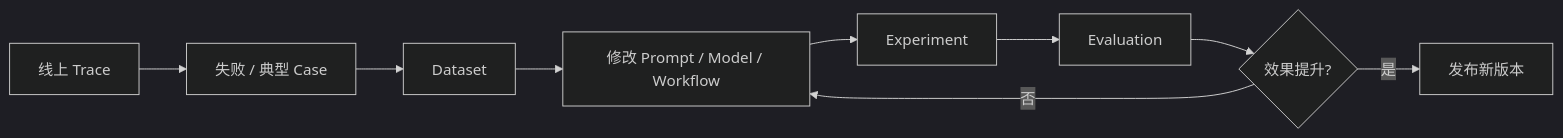
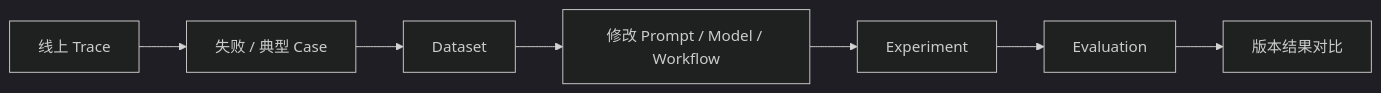
Diagram 11 of 15 in weekly-report/phoenix-langfuse-research.md (sgfd-ui/internship), drawn with Mermaid (dark theme) before and after one commit. The commit also changed other lines of this file, not shown here.

````diff
--- a/weekly-report/phoenix-langfuse-research.md
+++ b/weekly-report/phoenix-langfuse-research.md
@@ -226,13 +441,10 @@
 ```mermaid
 flowchart LR
     A[线上 Trace]
     --> B[失败 / 典型 Case]
     --> C[Dataset]
     --> D[修改 Prompt / Model / Workflow]
     --> E[Experiment]
     --> F[Evaluation]
-    --> G{效果提升?}
-
-    G -- 是 --> H[发布新版本]
-    G -- 否 --> D
+    --> G[版本结果对比]
 ```
````
